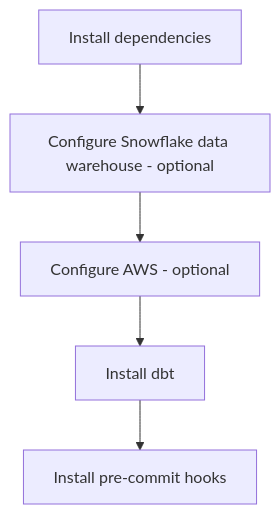
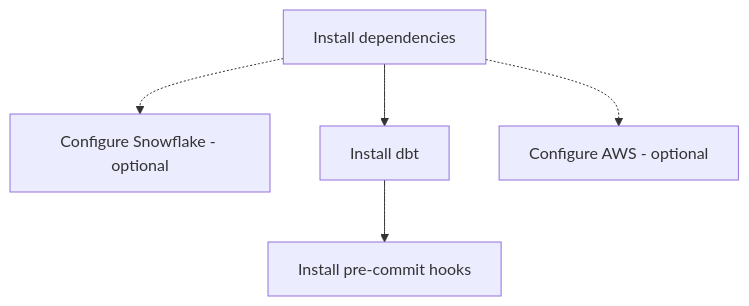
The diagram in docs/code/local-dev-setup.md (cagov/caldata-mdsa-training), drawn with Mermaid before and after one commit. The commit also changed 3 other files, not shown here.

````diff
--- a/docs/code/local-dev-setup.md
+++ b/docs/code/local-dev-setup.md
@@ -7,10 +7,13 @@
 ```mermaid
 flowchart TD
+    b[Configure Snowflake - optional]
     a[Install dependencies]
-    b[Configure Snowflake data warehouse - optional]
-    c[Configure AWS - optional]
     d[Install dbt]
     e[Install pre-commit hooks]
-    a --> b --> c --> d --> e
+    c[Configure AWS - optional]
+
+    a --> d --> e
+    a -.-> b
+    a -.-> c
 
 ```
````
